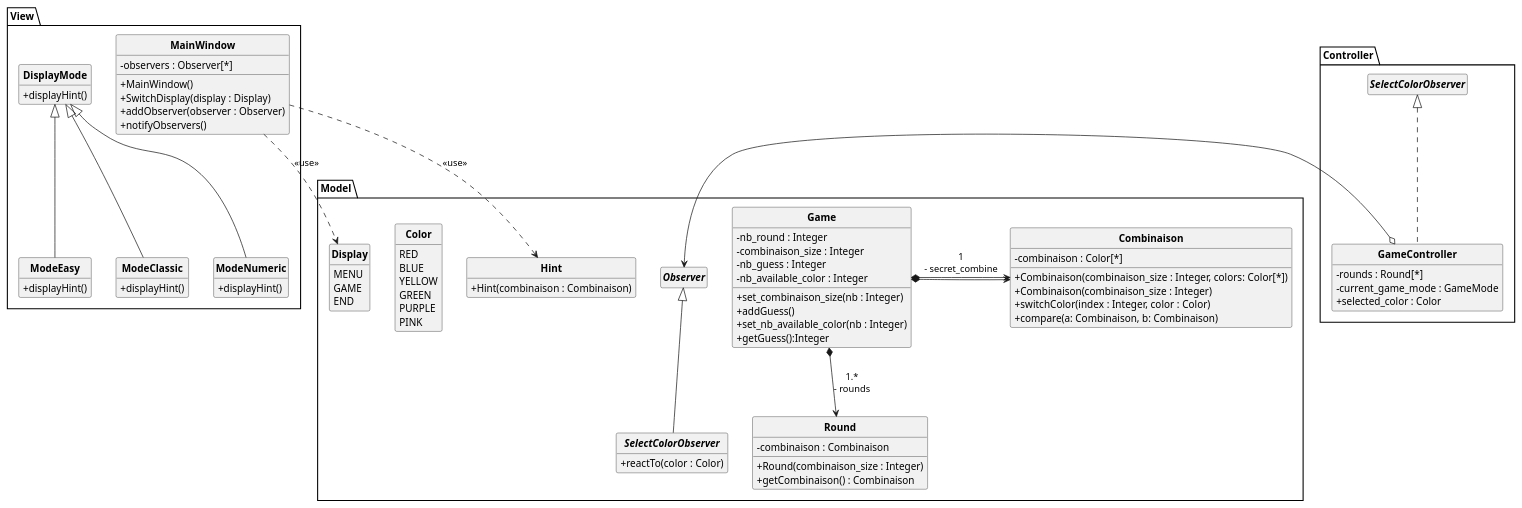
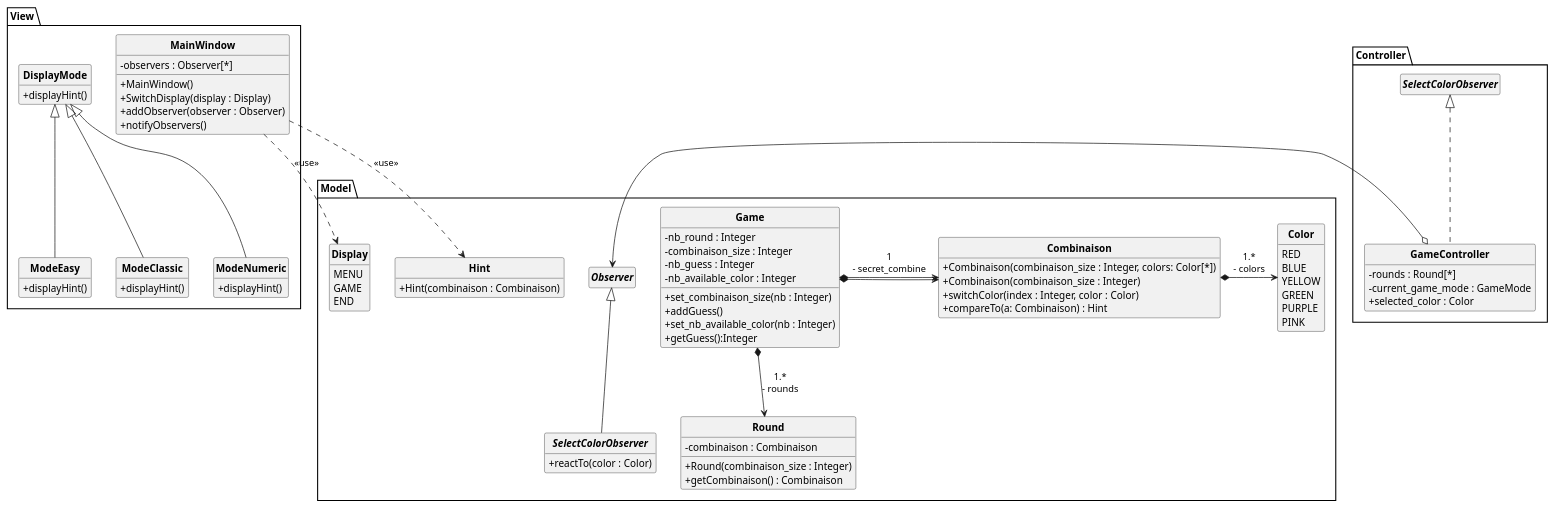
The diagram in V1/PUML/DCC.puml (xeragon/Mastermind), drawn with PlantUML before and after one commit.

Commit message:
:memo: avancement et perfectionnement de l'uml

```diff
--- a/V1/PUML/DCC.puml
+++ b/V1/PUML/DCC.puml
@@ -1,99 +1,99 @@
 @startuml
 'https://plantuml.com/sequence-diagram
 skinparam classAttributeIconSize 0
 skinparam classFontStyle Bold
 skinparam style strictuml
 hide empty members
 
 package Model{
     interface Observer{}
     interface SelectColorObserver implements Observer{
         + reactTo(color : Color)
     }
 
     class Combinaison {
-        - combinaison : Color[*]
         + Combinaison(combinaison_size : Integer, colors: Color[*])
         + Combinaison(combinaison_size : Integer)
         + switchColor(index : Integer, color : Color)
-        + compare(a: Combinaison, b: Combinaison)
+        + compareTo(a: Combinaison) : Hint
     }
 
     enum Display{
         MENU
         GAME
         END
     }
 
     enum Color {
         RED
         BLUE
         YELLOW
         GREEN
         PURPLE
         PINK
     }
 
     class Hint {
         + Hint(combinaison : Combinaison)
     }
 
     class Game {
         - nb_round : Integer
         - combinaison_size : Integer
         - nb_guess : Integer
         - nb_available_color : Integer
         + set_combinaison_size(nb : Integer)
         + addGuess()
         + set_nb_available_color(nb : Integer)
         + getGuess():Integer
     }
 
     class Round {
         - combinaison : Combinaison
         + Round(combinaison_size : Integer)
         + getCombinaison() : Combinaison
     }
     Game *--> Round : "1.*\n- rounds"
     Game *-> Combinaison : "1\n- secret_combine"
     Game *-> Combinaison
+    Combinaison *-> Color : "1.*\n- colors"
 }
 
 package View {
     class MainWindow {
         - observers : Observer[*]
         + MainWindow()
         + SwitchDisplay(display : Display)
         + addObserver(observer : Observer)
         + notifyObservers()
     }
 
     class DisplayMode {
         + displayHint()
     }
 
     class ModeEasy extends DisplayMode {
       + displayHint()
     }
     class ModeClassic extends DisplayMode {
       + displayHint()
     }
     class ModeNumeric extends DisplayMode {
       + displayHint()
     }
 }
 
 
 package Controller{
     class GameController implements SelectColorObserver {
         - rounds : Round[*]
         - current_game_mode : GameMode
         + selected_color : Color
     }
 }
 GameController o-> Observer
 
 MainWindow ..> Hint: <<use>>
 MainWindow ..> Display: <<use>>
 
 @enduml
```
